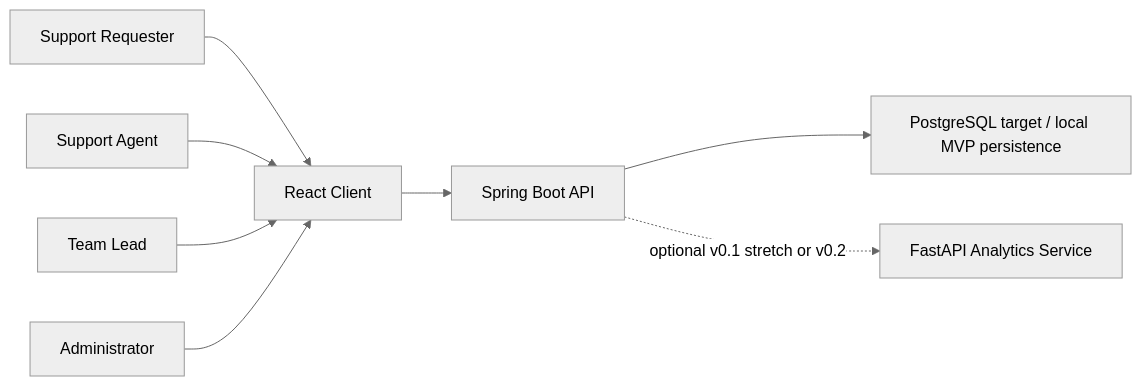
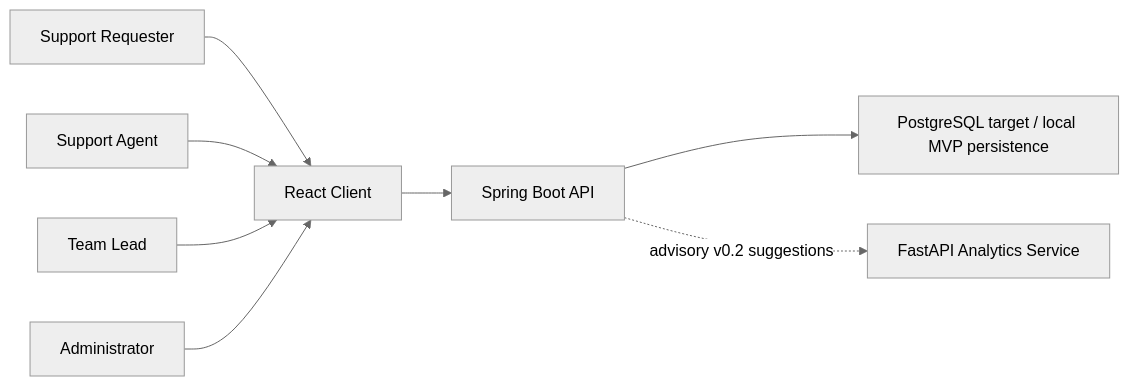
One commit to Winfred01/resolvehub-platform changed the first of 2 diagrams in ARCHITECTURE.md. Above: the diagram before and after it, drawn with Mermaid (neutral theme). The commit also changed other lines of this file and 13 other files, not shown here.

Commit message:
docs: plan analytics-assisted v0.2 roadmap

````diff
--- a/ARCHITECTURE.md
+++ b/ARCHITECTURE.md
@@ -15,10 +16,10 @@
 ```mermaid
 flowchart LR
   Requester["Support Requester"] --> Frontend["React Client"]
   Agent["Support Agent"] --> Frontend
   Lead["Team Lead"] --> Frontend
   Admin["Administrator"] --> Frontend
   Frontend --> Backend["Spring Boot API"]
   Backend --> DB["PostgreSQL target / local MVP persistence"]
-  Backend -. "optional v0.1 stretch or v0.2" .-> Analytics["FastAPI Analytics Service"]
+  Backend -. "advisory v0.2 suggestions" .-> Analytics["FastAPI Analytics Service"]
 ```
````
